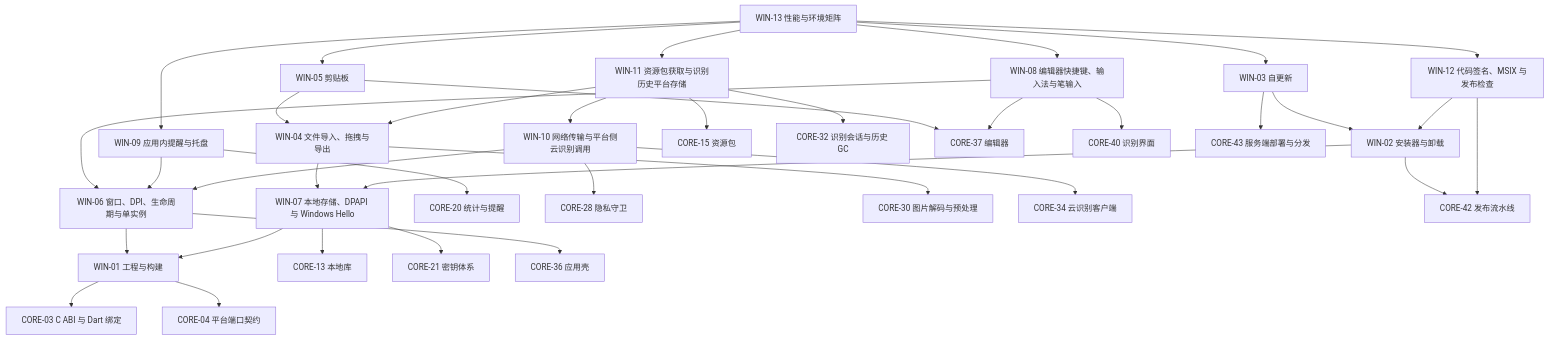
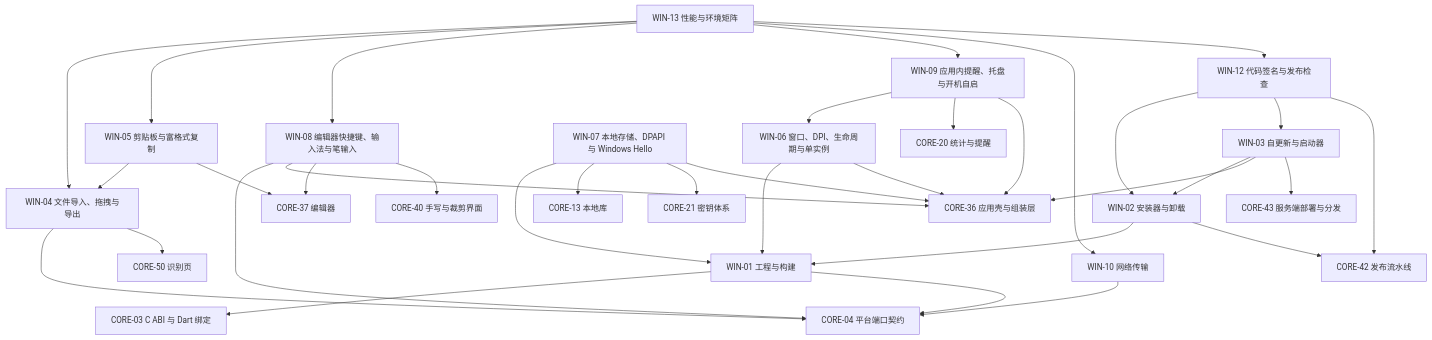
Before and after one commit to VividVeneto/BubeiGongshi: the diagram in SADD/03-Windows端-v5.md, drawn with Mermaid. The commit also changed other lines of this file and 5 other files, not shown here.

````diff
--- a/SADD/03-Windows端-v5.md
+++ b/SADD/03-Windows端-v5.md
@@ -22,66 +23,60 @@
 ```mermaid
 graph TD
   W01["WIN-01 工程与构建"]
   W02["WIN-02 安装器与卸载"]
-  W03["WIN-03 自更新"]
+  W03["WIN-03 自更新与启动器"]
   W04["WIN-04 文件导入、拖拽与导出"]
-  W05["WIN-05 剪贴板"]
+  W05["WIN-05 剪贴板与富格式复制"]
   W06["WIN-06 窗口、DPI、生命周期与单实例"]
   W07["WIN-07 本地存储、DPAPI 与 Windows Hello"]
   W08["WIN-08 编辑器快捷键、输入法与笔输入"]
-  W09["WIN-09 应用内提醒与托盘"]
-  W10["WIN-10 网络传输与平台侧云识别调用"]
-  W11["WIN-11 资源包获取与识别历史平台存储"]
-  W12["WIN-12 代码签名、MSIX 与发布检查"]
+  W09["WIN-09 应用内提醒、托盘与开机自启"]
+  W10["WIN-10 网络传输"]
+  W12["WIN-12 代码签名与发布检查"]
   W13["WIN-13 性能与环境矩阵"]
   C03["CORE-03 C ABI 与 Dart 绑定"]
   C04["CORE-04 平台端口契约"]
   C13["CORE-13 本地库"]
-  C15["CORE-15 资源包"]
   C20["CORE-20 统计与提醒"]
   C21["CORE-21 密钥体系"]
-  C28["CORE-28 隐私守卫"]
-  C30["CORE-30 图片解码与预处理"]
-  C32["CORE-32 识别会话与历史 GC"]
-  C34["CORE-34 云识别客户端"]
-  C36["CORE-36 应用壳"]
+  C36["CORE-36 应用壳与组装层"]
   C37["CORE-37 编辑器"]
-  C40["CORE-40 识别界面"]
+  C40["CORE-40 手写与裁剪界面"]
   C42["CORE-42 发布流水线"]
   C43["CORE-43 服务端部署与分发"]
+  C50["CORE-50 识别页"]
   W01 --> C03
   W01 --> C04
+  W02 --> W01
+  W02 --> C42
+  W03 --> W02
+  W03 --> C36
+  W03 --> C43
+  W04 --> C04
+  W04 --> C50
+  W05 --> W04
+  W05 --> C37
   W06 --> W01
   W06 --> C36
   W07 --> W01
   W07 --> C13
   W07 --> C21
-  W04 --> W07
-  W04 --> C30
-  W05 --> W04
-  W05 --> C37
-  W08 --> W06
+  W07 --> C36
+  W08 --> C04
+  W08 --> C36
   W08 --> C37
   W08 --> C40
   W09 --> W06
   W09 --> C20
-  W10 --> W06
-  W10 --> C28
-  W10 --> C34
-  W11 --> W04
-  W11 --> W10
-  W11 --> C15
-  W11 --> C32
-  W02 --> W07
-  W02 --> C42
-  W03 --> W02
-  W03 --> C43
+  W09 --> C36
+  W10 --> C04
   W12 --> W02
+  W12 --> W03
   W12 --> C42
-  W13 --> W03
+  W13 --> W04
   W13 --> W05
   W13 --> W08
   W13 --> W09
-  W13 --> W11
+  W13 --> W10
   W13 --> W12
 ```
````
